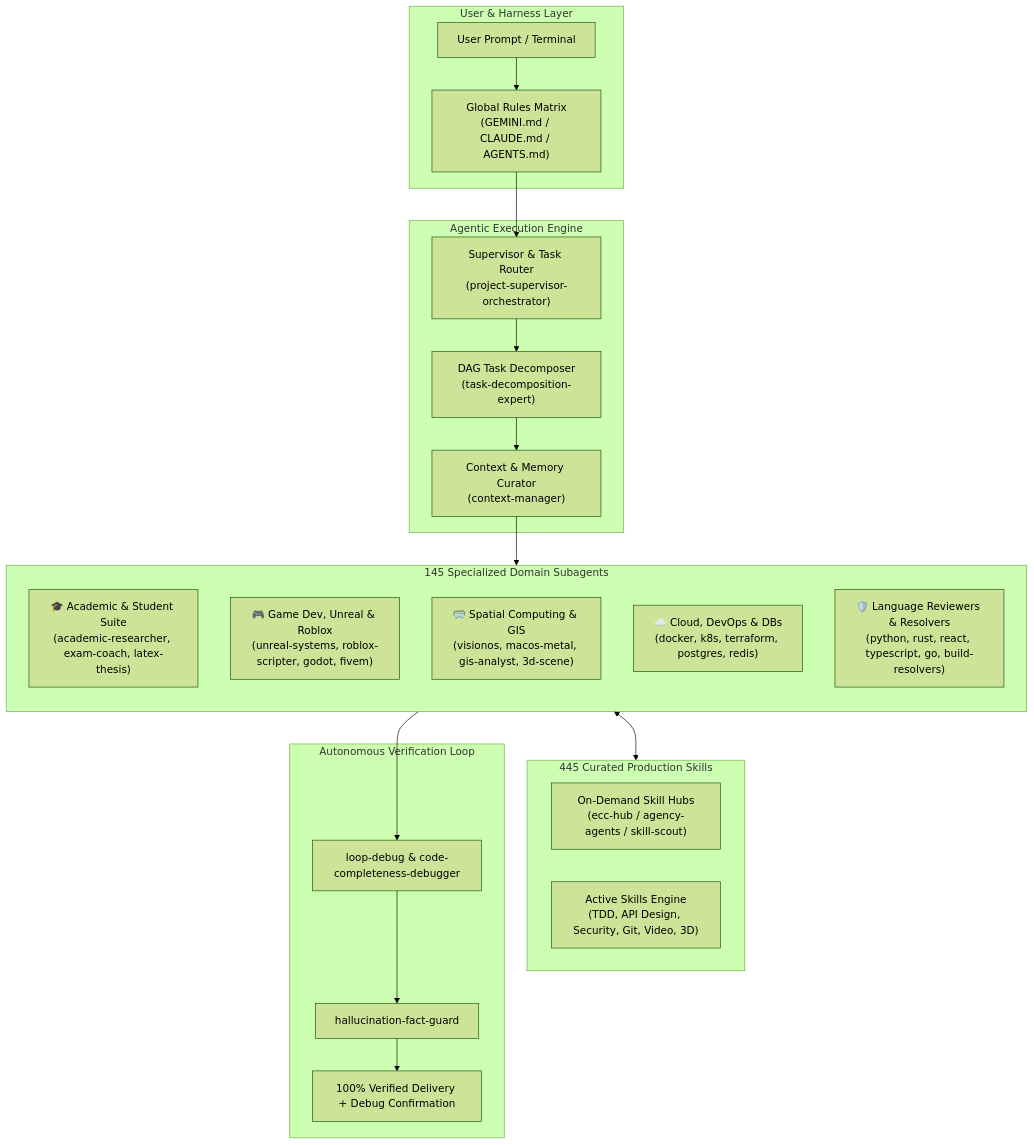
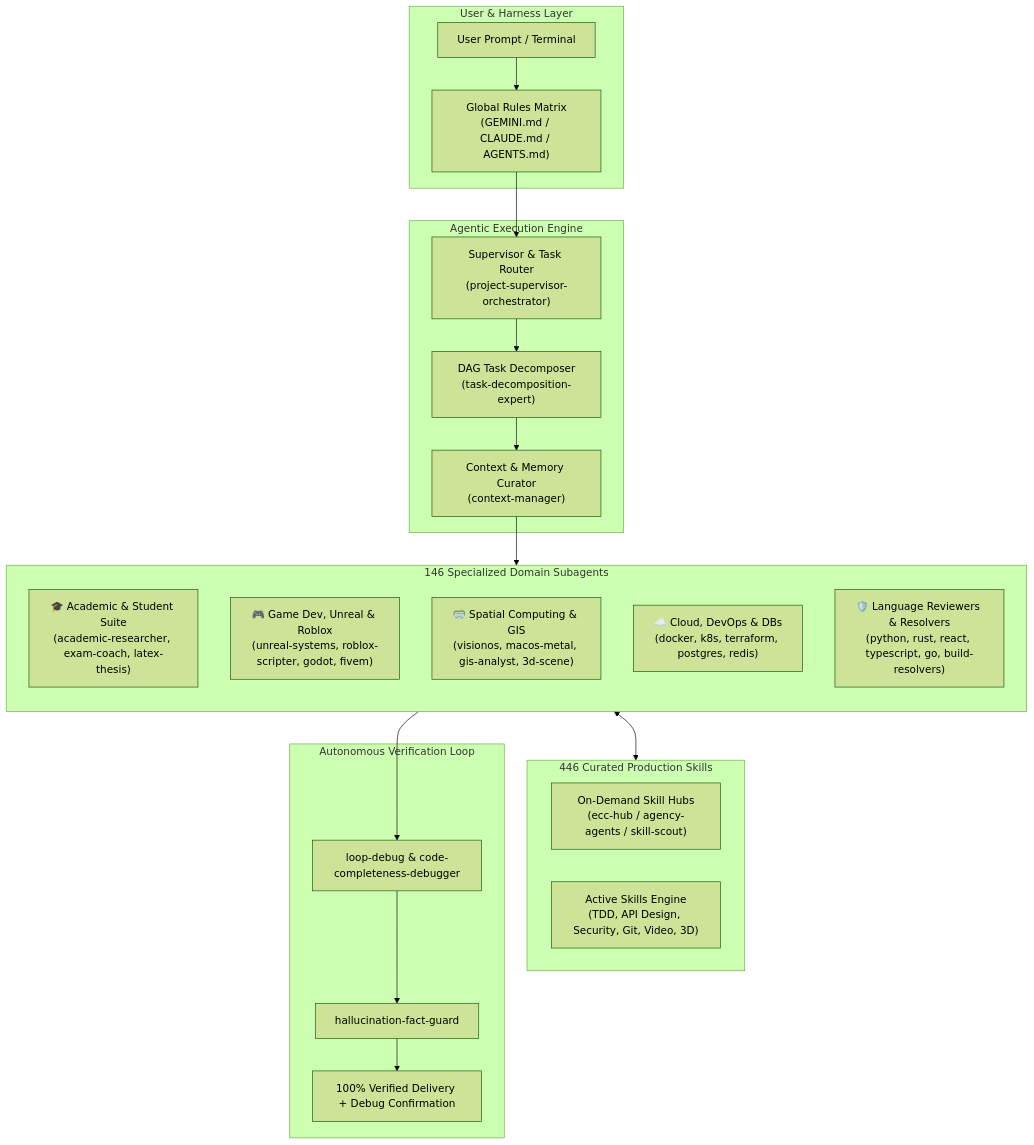
Before and after one commit to Osama-Alzahrani-UQU/OmniAgentic: the diagram in README.md, drawn with Mermaid (forest theme). The commit also changed other lines of this file and 6 other files, not shown here.

````diff
--- a/README.md
+++ b/README.md
@@ -105,50 +113,50 @@
 ```mermaid
 flowchart TD
     subgraph UserInterface["User & Harness Layer"]
         CLI["User Prompt / Terminal"]
         Rules["Global Rules Matrix
 (GEMINI.md / CLAUDE.md / AGENTS.md)"]
     end
 
     subgraph CoreEngine["Agentic Execution Engine"]
         Supervisor["Supervisor & Task Router
 (project-supervisor-orchestrator)"]
         Decomposer["DAG Task Decomposer
 (task-decomposition-expert)"]
         ContextMgr["Context & Memory Curator
 (context-manager)"]
     end
 
-    subgraph AgentFleet["145 Specialized Domain Subagents"]
+    subgraph AgentFleet["146 Specialized Domain Subagents"]
         direction TB
         Academic["🎓 Academic & Student Suite
 (academic-researcher, exam-coach, latex-thesis)"]
         GameDev["🎮 Game Dev, Unreal & Roblox
 (unreal-systems, roblox-scripter, godot, fivem)"]
         Spatial["🥽 Spatial Computing & GIS
 (visionos, macos-metal, gis-analyst, 3d-scene)"]
         CloudDB["☁️ Cloud, DevOps & DBs
 (docker, k8s, terraform, postgres, redis)"]
         CodeReview["🛡️ Language Reviewers & Resolvers
 (python, rust, react, typescript, go, build-resolvers)"]
     end
 
-    subgraph SkillsMatrix["445 Curated Production Skills"]
+    subgraph SkillsMatrix["446 Curated Production Skills"]
         SkillsHub["On-Demand Skill Hubs
 (ecc-hub / agency-agents / skill-scout)"]
         ActiveSkills["Active Skills Engine
 (TDD, API Design, Security, Git, Video, 3D)"]
     end
 
     subgraph QualityGate["Autonomous Verification Loop"]
         Verifier["loop-debug & code-completeness-debugger"]
         FactGuard["hallucination-fact-guard"]
         Delivery["100% Verified Delivery + Debug Confirmation"]
     end
 
     CLI --> Rules --> Supervisor
     Supervisor --> Decomposer --> ContextMgr
     ContextMgr --> AgentFleet
     AgentFleet <--> SkillsMatrix
     AgentFleet --> Verifier --> FactGuard --> Delivery
 ```
````
